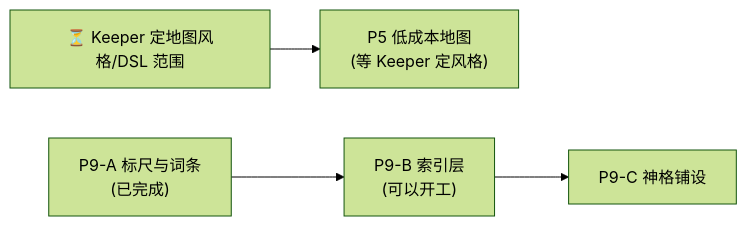
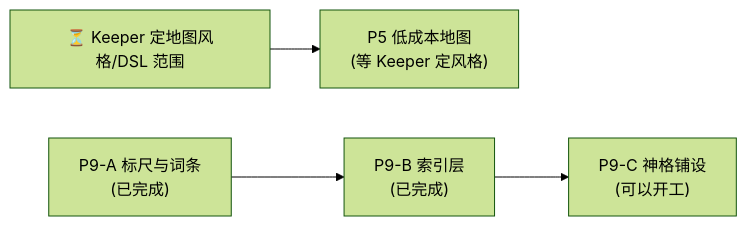
Before and after one commit to Mzihong/coc-keeper-kit: the diagram in update_plan/README.md, drawn with Mermaid (forest theme). The commit also changed other lines of this file and 32 other files, not shown here.

````diff
--- a/update_plan/README.md
+++ b/update_plan/README.md
@@ -25,11 +25,11 @@
 ```mermaid
 graph LR
     P5["P5 低成本地图<br/>(等 Keeper 定风格)"]
     P9A["P9-A 标尺与词条<br/>(已完成)"]
-    P9B["P9-B 索引层<br/>(可以开工)"]
-    P9C["P9-C 神格铺设"]
+    P9B["P9-B 索引层<br/>(已完成)"]
+    P9C["P9-C 神格铺设<br/>(可以开工)"]
     KeeperMap["⏳ Keeper 定地图风格/DSL 范围"]
 
     KeeperMap --> P5
     P9A --> P9B --> P9C
 ```
````
